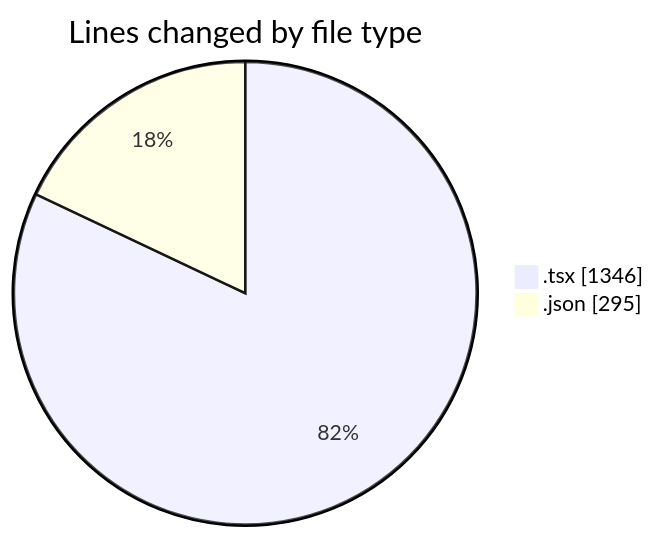
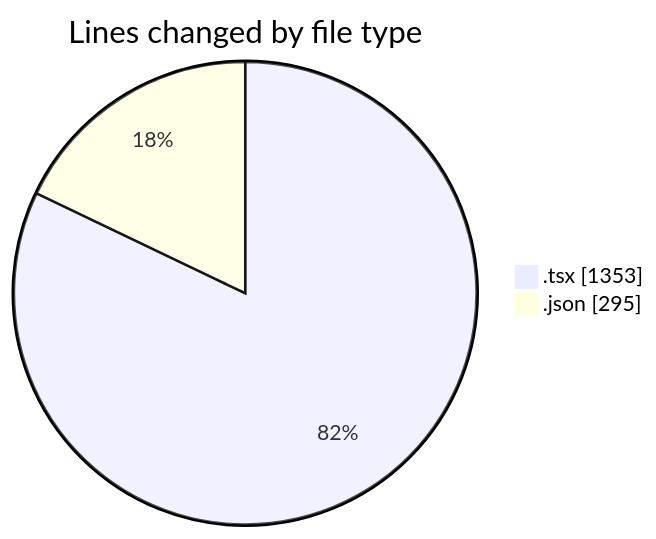
The first of 2 diagrams in 2025-10-11/eventscop-frontend-guide__workspace_/README.md (julien-gomy/code-tracking), drawn with Mermaid before and after one commit. The commit also changed other lines of this file and 1 other file, not shown here.

````diff
--- a/2025-10-11/eventscop-frontend-guide__workspace_/README.md
+++ b/2025-10-11/eventscop-frontend-guide__workspace_/README.md
@@ -33,6 +33,6 @@
 ```mermaid
 pie showData
 title Lines changed by file type
-".tsx" : 1346
+".tsx" : 1353
 ".json" : 295
 ```
````
